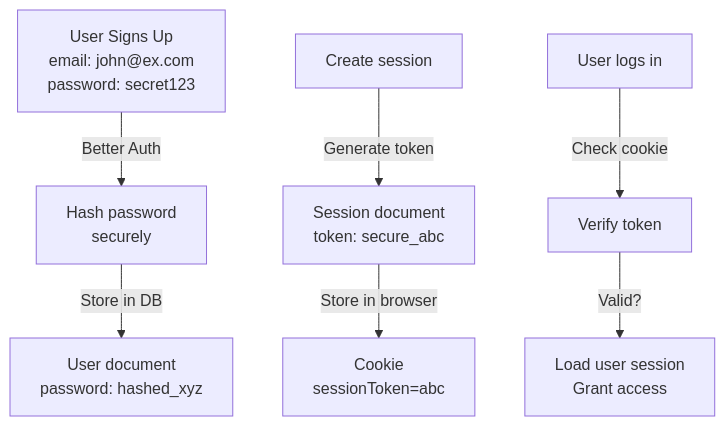
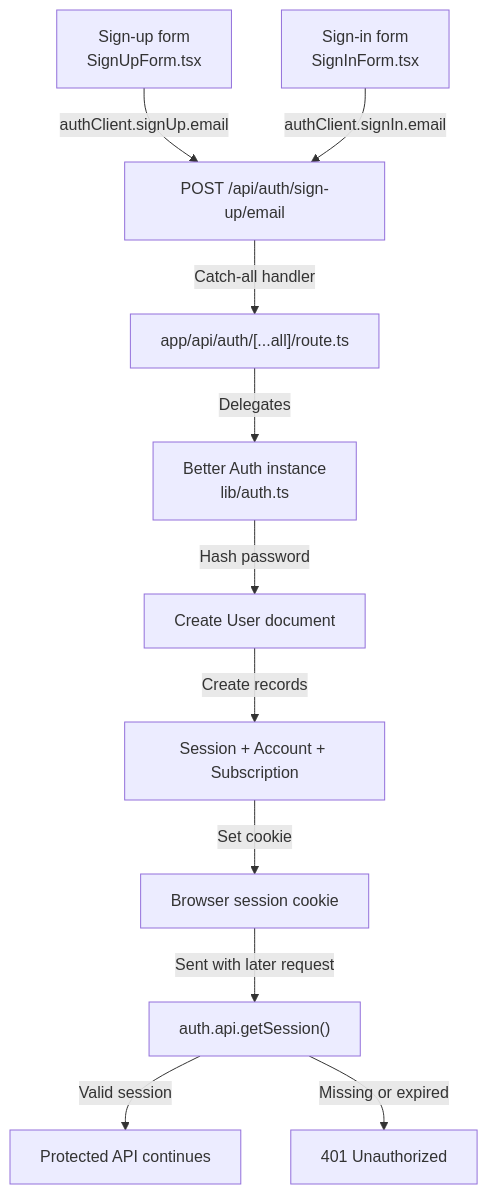
One commit to anshulgupta48/RankSEO-WebApp changed the seventh of 23 diagrams in docs/HOW_IT_WORKS.md. Above: the diagram before and after it, drawn with Mermaid. The commit also changed other lines of this file, not shown here.

````diff
--- a/docs/HOW_IT_WORKS.md
+++ b/docs/HOW_IT_WORKS.md
@@ -153,10 +153,14 @@
 ```mermaid
 flowchart TD
-    A["User Signs Up<br/>email: john@ex.com<br/>password: secret123"] -->|Better Auth| B["Hash password<br/>securely"]
-    B -->|Store in DB| C["User document<br/>password: hashed_xyz"]
-    D["Create session"] -->|Generate token| E["Session document<br/>token: secure_abc"]
-    E -->|Store in browser| F["Cookie<br/>sessionToken=abc"]
+  A["Sign-up form<br/>SignUpForm.tsx"] -->|authClient.signUp.email| B["POST /api/auth/sign-up/email"]
+  B -->|Catch-all handler| C["app/api/auth/[...all]/route.ts"]
+  C -->|Delegates| D["Better Auth instance<br/>lib/auth.ts"]
+  D -->|Hash password| E["Create User document"]
+  E -->|Create records| F["Session + Account + Subscription"]
+  F -->|Set cookie| G["Browser session cookie"]
 
-    G["User logs in"] -->|Check cookie| H["Verify token"]
-    H -->|Valid?| I["Load user session<br/>Grant access"]
+  H["Sign-in form<br/>SignInForm.tsx"] -->|authClient.signIn.email| B
+  G -->|Sent with later request| I["auth.api.getSession()"]
+  I -->|Valid session| J["Protected API continues"]
+  I -->|Missing or expired| K["401 Unauthorized"]
 ```
````
